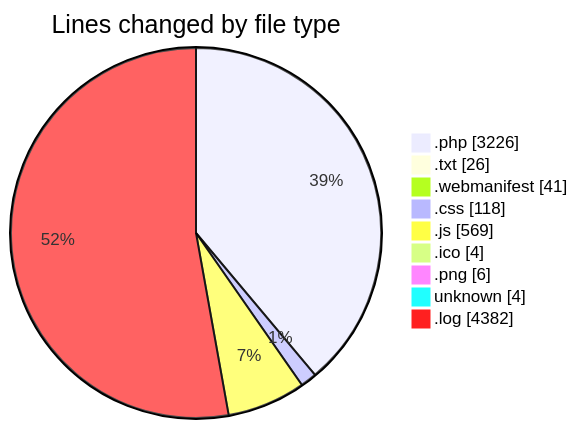
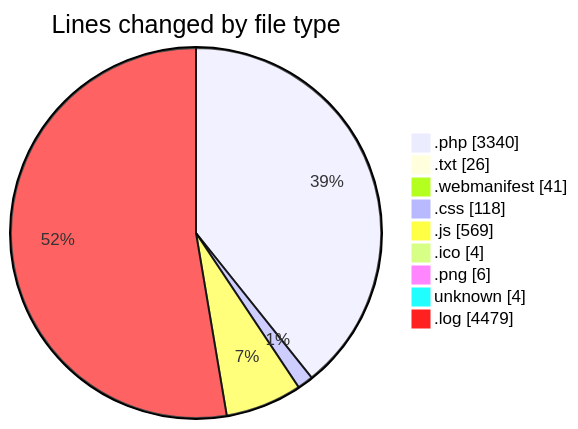
Before and after one commit to lephambinh05/code-tracking: the first of 2 diagrams in 2025-08-20/quytuthien_vn/README.md, drawn with Mermaid. The commit also changed other lines of this file and 1 other file, not shown here.

````diff
--- a/2025-08-20/quytuthien_vn/README.md
+++ b/2025-08-20/quytuthien_vn/README.md
@@ -94,13 +96,13 @@
 ```mermaid
 pie showData
 title Lines changed by file type
-".php" : 3226
+".php" : 3340
 ".txt" : 26
 ".webmanifest" : 41
 ".css" : 118
 ".js" : 569
 ".ico" : 4
 ".png" : 6
 "unknown" : 4
-".log" : 4382
+".log" : 4479
 ```
````
